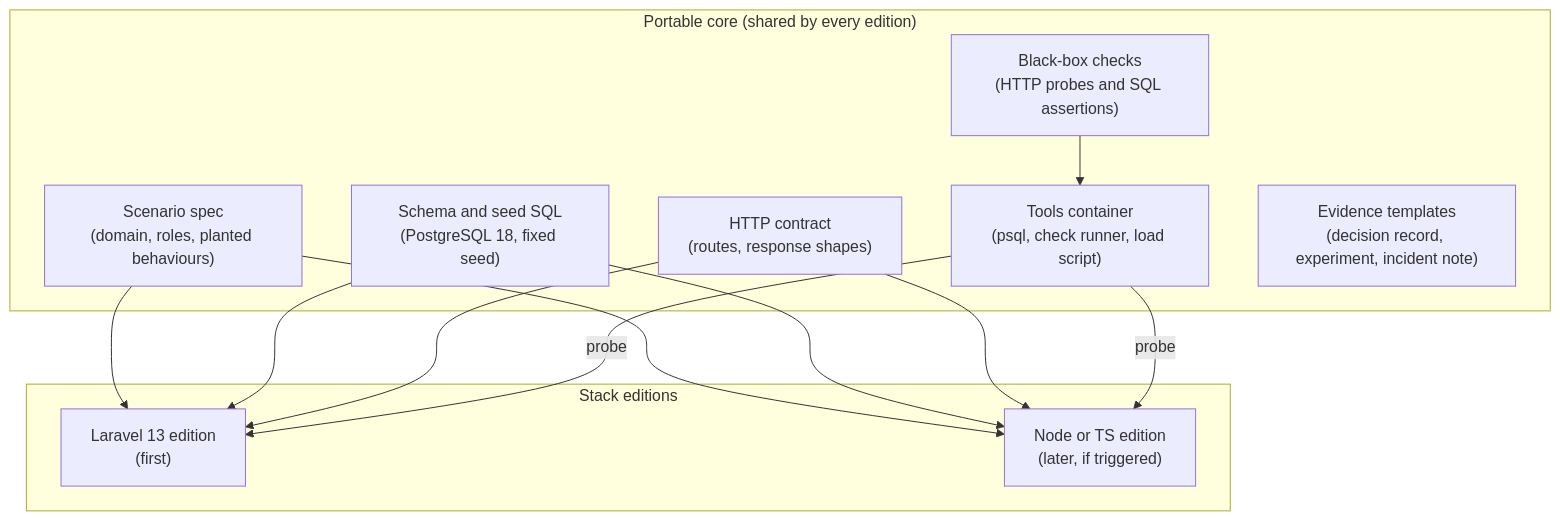
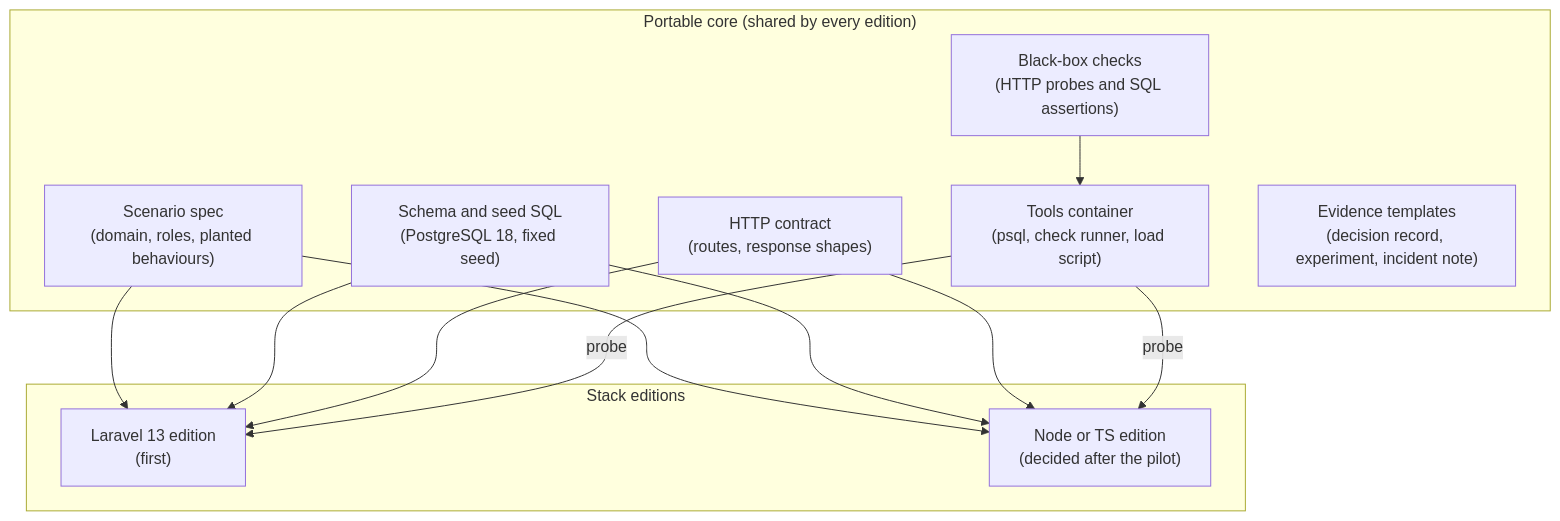
The fifth of 5 diagrams in devstep/docs/07-curriculum-plan.md (GhanshyamSoni68/app_idea), drawn with Mermaid before and after one commit. The commit also changed other lines of this file and 8 other files, not shown here.

````diff
--- a/devstep/docs/07-curriculum-plan.md
+++ b/devstep/docs/07-curriculum-plan.md
@@ -581,24 +588,24 @@
 ```mermaid
 flowchart TB
   subgraph CORE["Portable core (shared by every edition)"]
     SPEC["Scenario spec<br/>(domain, roles, planted behaviours)"]
     DATA["Schema and seed SQL<br/>(PostgreSQL 18, fixed seed)"]
     HTTP["HTTP contract<br/>(routes, response shapes)"]
     CHECKS["Black-box checks<br/>(HTTP probes and SQL assertions)"]
     TOOLS["Tools container<br/>(psql, check runner, load script)"]
     TPL["Evidence templates<br/>(decision record, experiment, incident note)"]
   end
   subgraph EDS["Stack editions"]
     LV["Laravel 13 edition<br/>(first)"]
-    NX["Node or TS edition<br/>(later, if triggered)"]
+    NX["Node or TS edition<br/>(decided after the pilot)"]
   end
   SPEC --> LV
   SPEC --> NX
   DATA --> LV
   DATA --> NX
   HTTP --> LV
   HTTP --> NX
   CHECKS --> TOOLS
   TOOLS -->|probe| LV
   TOOLS -->|probe| NX
 ```
````
